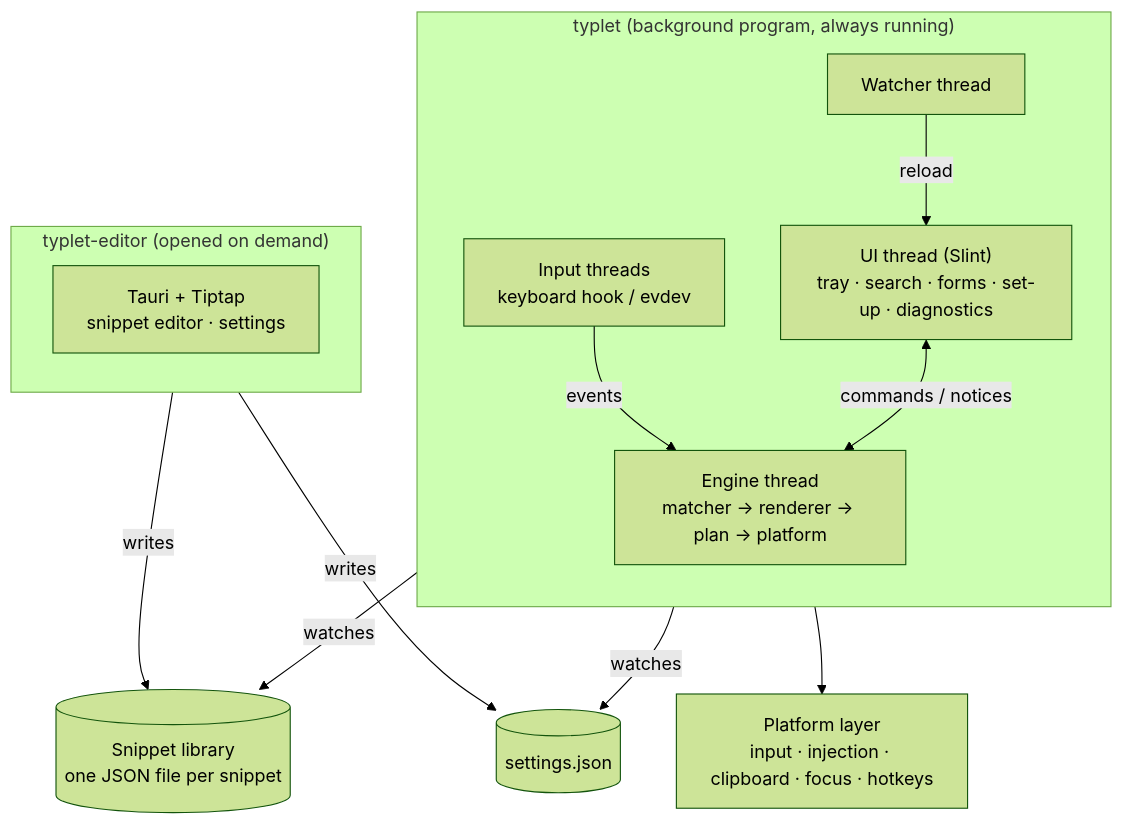
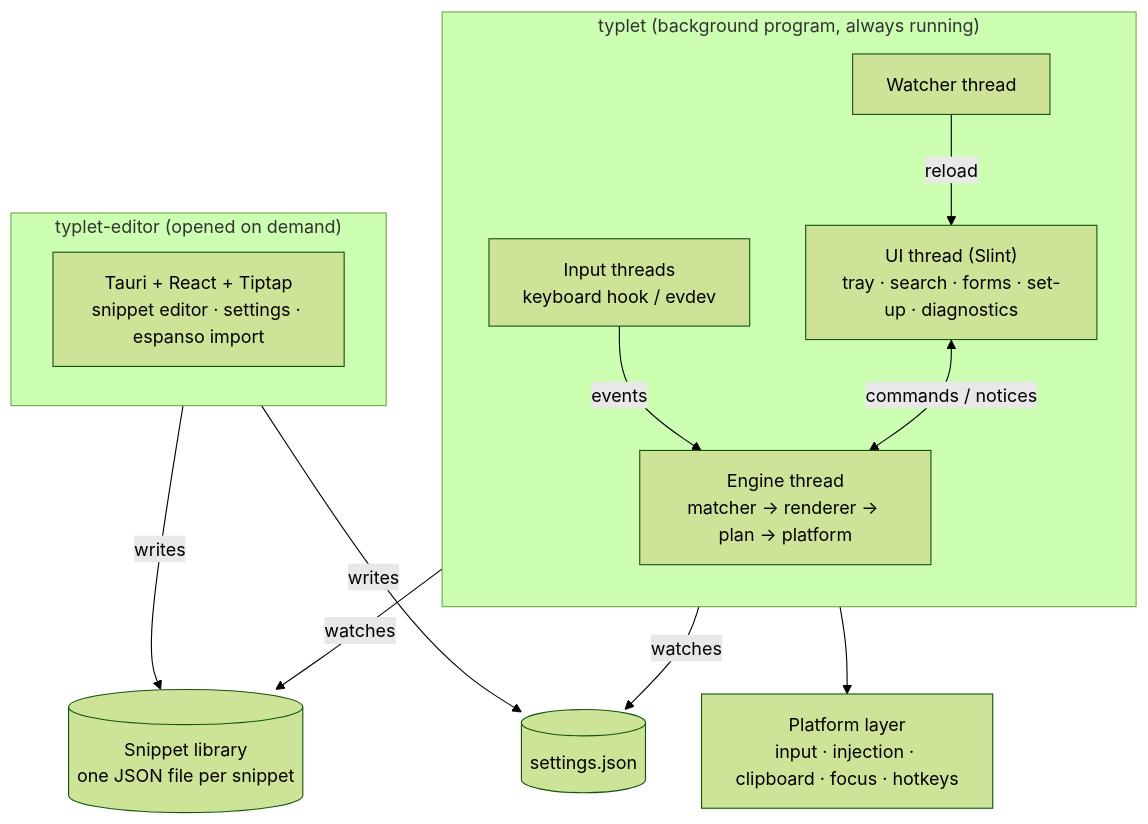
One commit to typlet-app/typlet changed the first of 3 diagrams in docs/architecture.md. Above: the diagram before and after it, drawn with Mermaid (forest theme). The commit also changed other lines of this file and 111 other files, not shown here.

Commit message:
feat: snippet editor and espanso import (M4) (#2)

````diff
--- a/docs/architecture.md
+++ b/docs/architecture.md
@@ -16,19 +16,19 @@
 ```mermaid
 flowchart TB
     subgraph BG["typlet (background program, always running)"]
         direction TB
         H["Input threads<br/>keyboard hook / evdev"] -->|events| E["Engine thread<br/>matcher → renderer → plan → platform"]
         UI["UI thread (Slint)<br/>tray · search · forms · set-up · diagnostics"] <-->|commands / notices| E
         W["Watcher thread"] -->|reload| UI
     end
     subgraph ED["typlet-editor (opened on demand)"]
-        T["Tauri + Tiptap<br/>snippet editor · settings"]
+        T["Tauri + React + Tiptap<br/>snippet editor · settings · espanso import"]
     end
     L[("Snippet library<br/>one JSON file per snippet")]
     S[("settings.json")]
     E --> P["Platform layer<br/>input · injection · clipboard · focus · hotkeys"]
     W -->|watches| L
     W -->|watches| S
     ED -->|writes| L
     ED -->|writes| S
 ```
````
